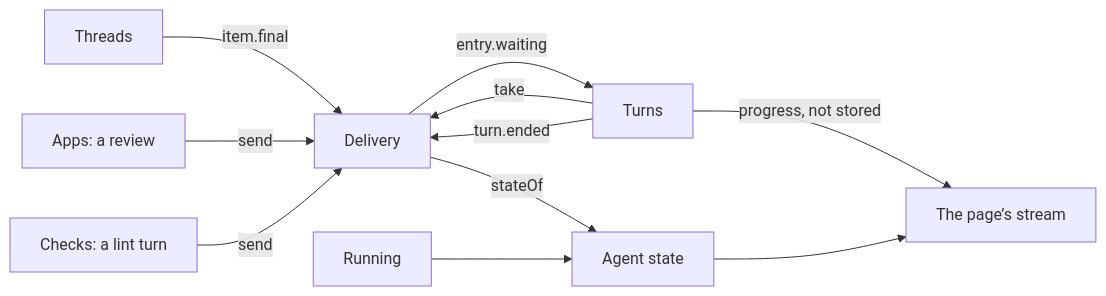
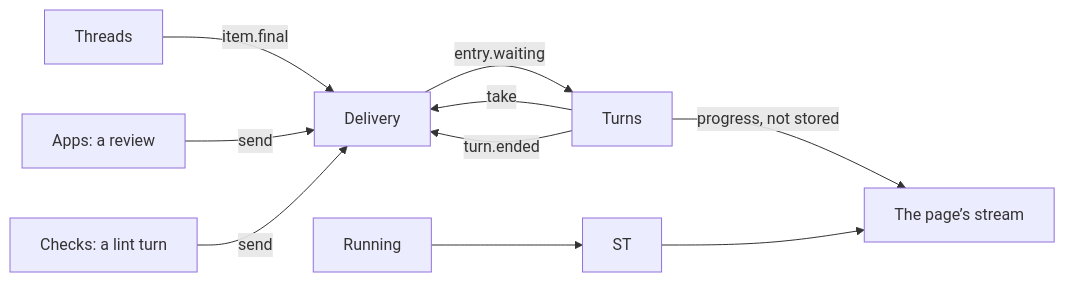
The second of 5 diagrams in designs/architecture/services.md (HJeon139/postbox), drawn with Mermaid before and after one commit. The commit also changed other lines of this file and 9 other files, not shown here.

````diff
--- a/designs/architecture/services.md
+++ b/designs/architecture/services.md
@@ -173,13 +173,12 @@
 ```mermaid
 flowchart LR
   TH[Threads] -->|item.final| D[Delivery]
   AP[Apps: a review] -->|send| D
   CK[Checks: a lint turn] -->|send| D
   D -->|entry.waiting| T[Turns]
   T -->|take| D
   T -->|turn.ended| D
   T -->|progress, not stored| PG[The page’s stream]
-  D -->|stateOf| ST[Agent state]
   R[Running] --> ST
   ST --> PG
 ```
````
